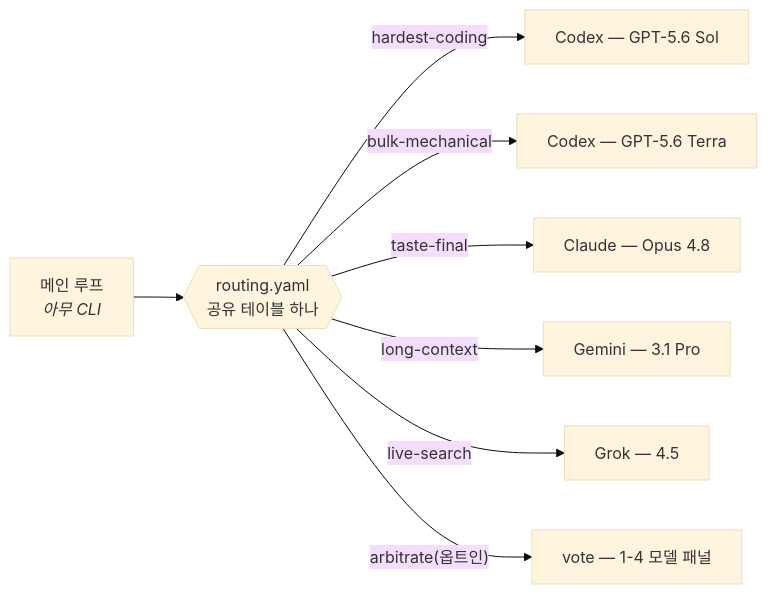
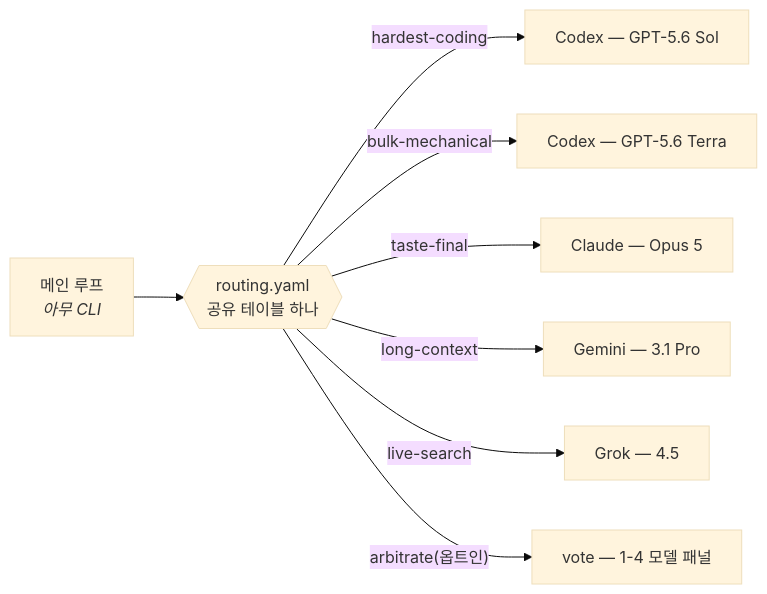
One commit to Seraphim0916/omnilane changed the diagram in README.ko.md. Above: the diagram before and after it, drawn with Mermaid (base theme). The commit also changed other lines of this file and 10 other files, not shown here.

````diff
--- a/README.ko.md
+++ b/README.ko.md
@@ -89,10 +89,10 @@
 ```mermaid
 flowchart LR
     M["메인 루프<br/><i>아무 CLI</i>"] --> T{{"routing.yaml<br/>공유 테이블 하나"}}
     T -->|hardest-coding| C1["Codex — GPT-5.6 Sol"]
     T -->|bulk-mechanical| C2["Codex — GPT-5.6 Terra"]
-    T -->|taste-final| C3["Claude — Opus 4.8"]
+    T -->|taste-final| C3["Claude — Opus 5"]
     T -->|long-context| C4["Gemini — 3.1 Pro"]
     T -->|live-search| C5["Grok — 4.5"]
     T -->|"arbitrate(옵트인)"| C6["vote — 1-4 모델 패널"]
 ```
````
